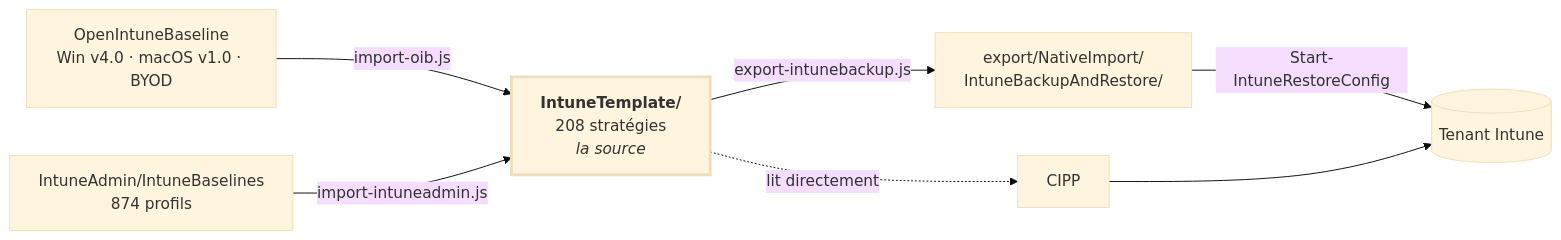
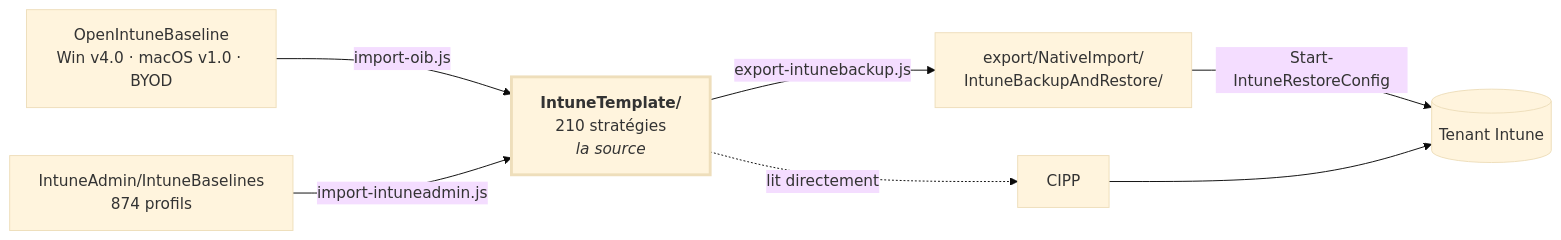
Before and after one commit to sjkanon/IntuneBackup: the diagram in README.fr.md, drawn with Mermaid (base theme). The commit also changed other lines of this file and 47 other files, not shown here.

````diff
--- a/README.fr.md
+++ b/README.fr.md
@@ -20,17 +20,17 @@
 ```mermaid
 flowchart LR
   OIB["OpenIntuneBaseline<br/>Win v4.0 · macOS v1.0 · BYOD"]
-  T["<b>IntuneTemplate/</b><br/>208 stratégies<br/><i>la source</i>"]
+  T["<b>IntuneTemplate/</b><br/>210 stratégies<br/><i>la source</i>"]
   EX["export/NativeImport/<br/>IntuneBackupAndRestore/"]
   TENANT[("Tenant Intune")]
 
   OIB -->|import-oib.js| T
   T -->|export-intunebackup.js| EX
   T -.->|lit directement| CIPP[CIPP]
   EX -->|Start-IntuneRestoreConfig| TENANT
   CIPP --> TENANT
 
   IA["IntuneAdmin/IntuneBaselines<br/>874 profils"] -->|import-intuneadmin.js| T
 
   style T stroke-width:3px
 ```
````
